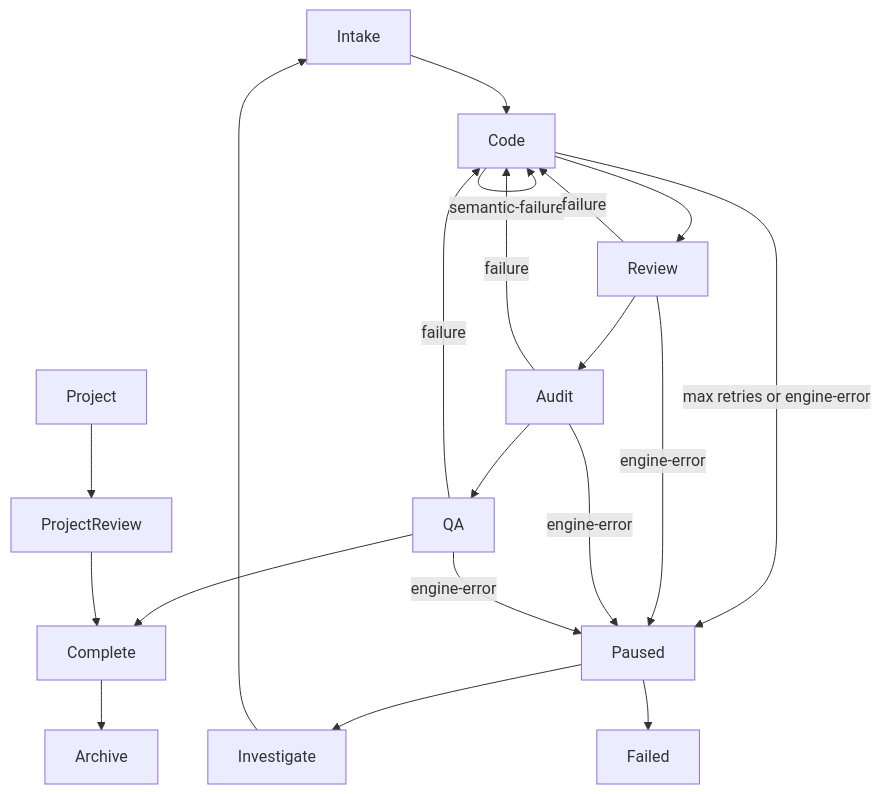
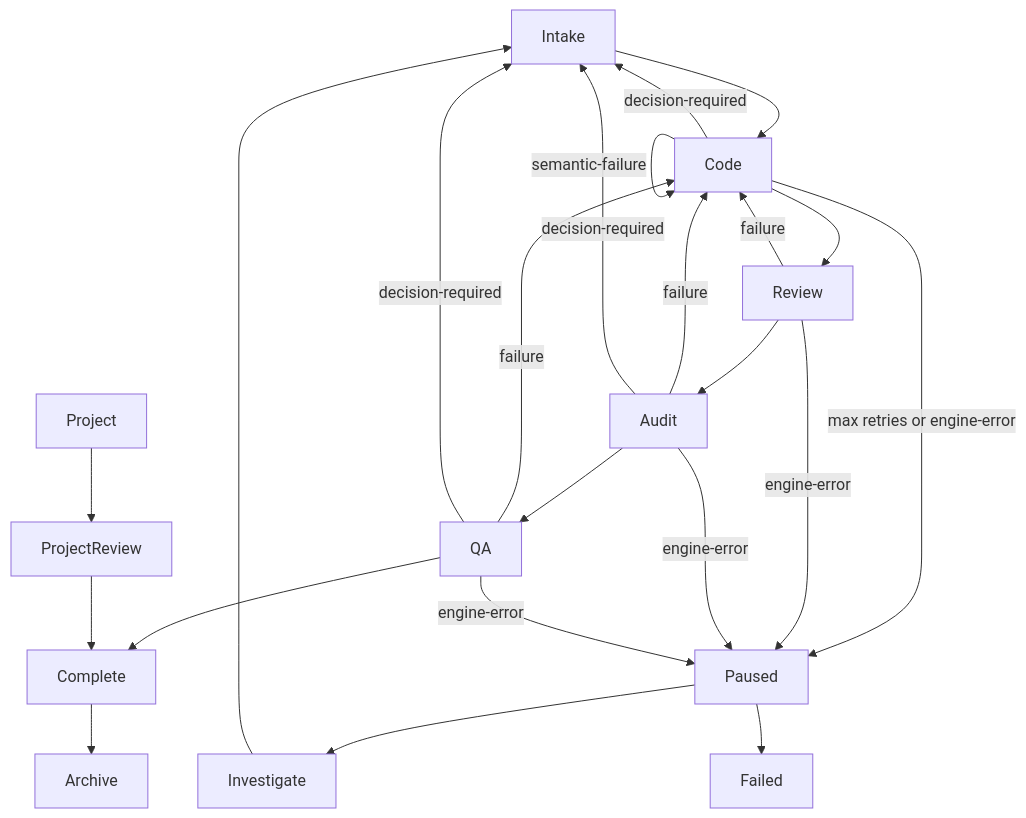
The first of 3 diagrams in docs/orchestrator-architecture.md (victorsalmon/salmon-run), drawn with Mermaid before and after one commit. The commit also changed other lines of this file and 9 other files, not shown here.

````diff
--- a/docs/orchestrator-architecture.md
+++ b/docs/orchestrator-architecture.md
@@ -7,24 +7,27 @@
 ```mermaid
 flowchart TD
     Intake --> Code
     Code --> Review
     Review --> Audit
     Audit --> QA
     QA --> Complete
     Complete --> Archive
 
     Code -->|semantic-failure| Code
     Code -->|max retries or engine-error| Paused
     Review -->|failure| Code
     Review -->|engine-error| Paused
     Audit -->|failure| Code
     Audit -->|engine-error| Paused
     QA -->|failure| Code
     QA -->|engine-error| Paused
+    Code -->|decision-required| Intake
+    Audit -->|decision-required| Intake
+    QA -->|decision-required| Intake
 
     Paused --> Investigate
     Paused --> Failed
     Investigate --> Intake
     Project --> ProjectReview
     ProjectReview --> Complete
 ```
````
